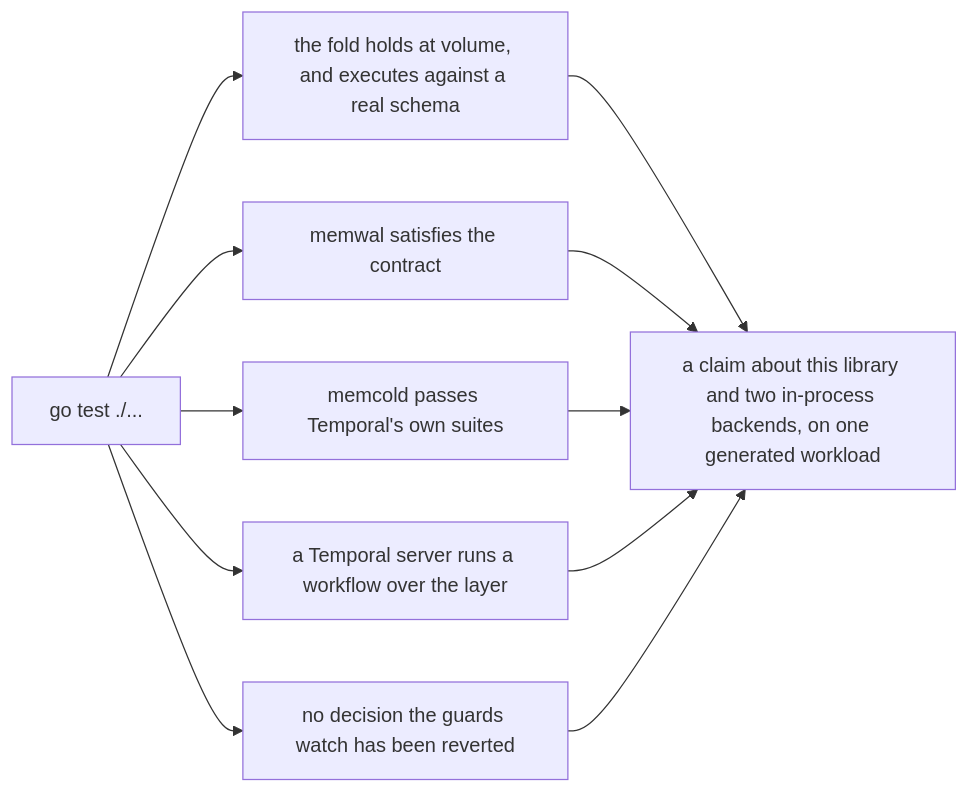
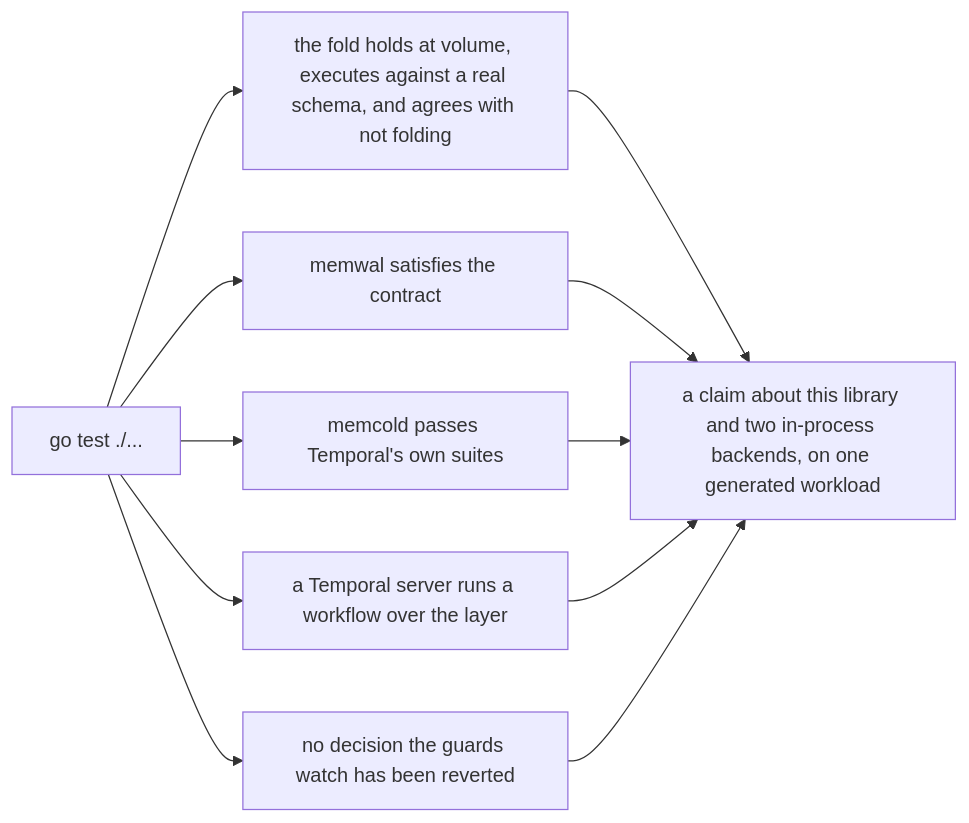
One commit to aromanovich/waltz changed the diagram in docs/handbook/15-the-limits-of-the-evidence.md. Above: the diagram before and after it, drawn with Mermaid. The commit also changed other lines of this file and 2 other files, not shown here.

````diff
--- a/docs/handbook/15-the-limits-of-the-evidence.md
+++ b/docs/handbook/15-the-limits-of-the-evidence.md
@@ -280,13 +285,13 @@
 ```mermaid
 graph LR
-  A["go test ./..."] --> A1["the fold holds at volume, and executes against a real schema"]
+  A["go test ./..."] --> A1["the fold holds at volume, executes against a real schema, and agrees with not folding"]
   A --> A2["memwal satisfies the contract"]
   A --> A5["memcold passes Temporal's own suites"]
   A --> A4["a Temporal server runs a workflow over the layer"]
   A --> A3["no decision the guards watch has been reverted"]
   A1 --> B["a claim about this library and two in-process backends, on one generated workload"]
   A2 --> B
   A5 --> B
   A4 --> B
   A3 --> B
 ```
````
